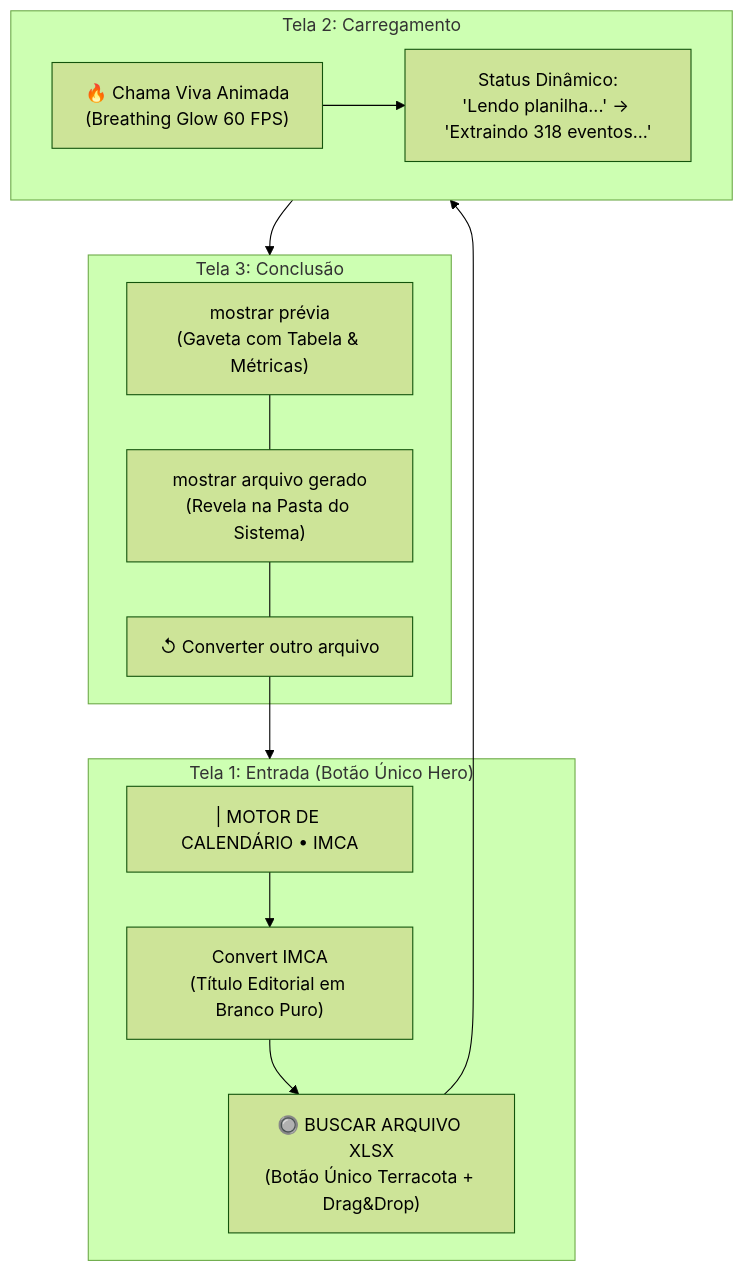
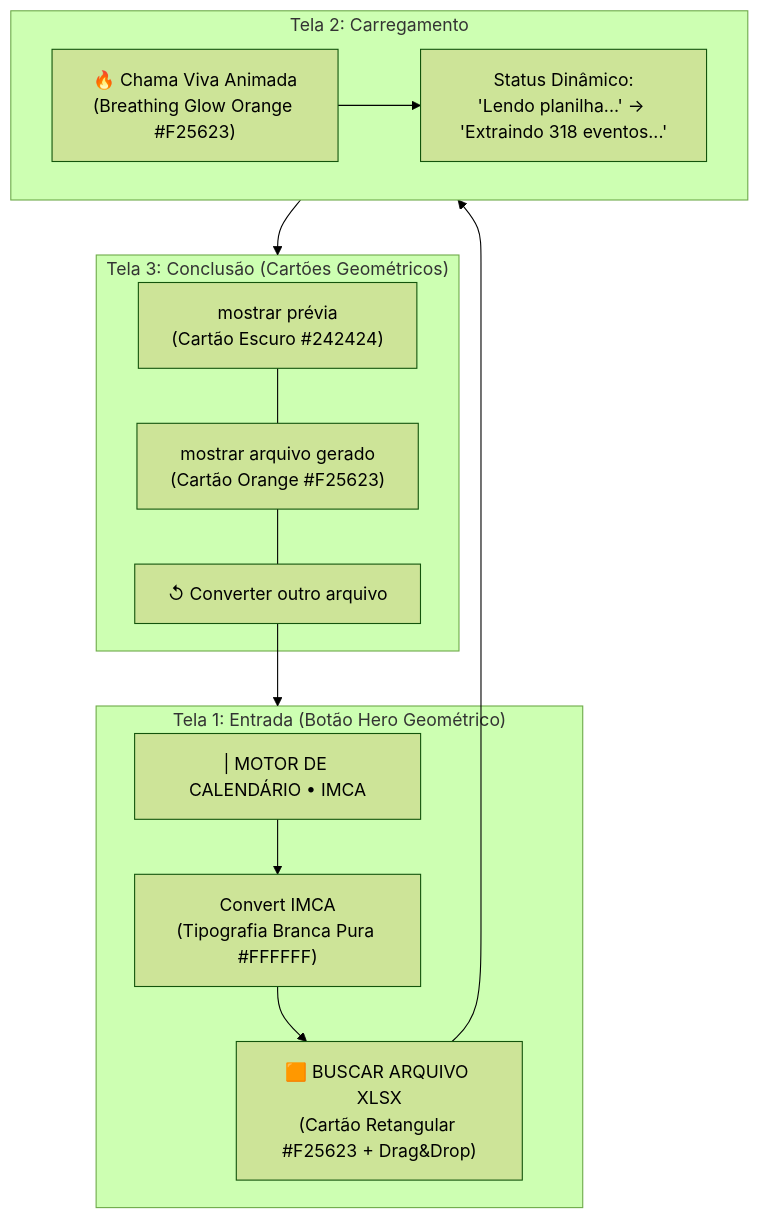
Before and after one commit to DevolperGdSL/Convert_IMCA: the third of 3 diagrams in DOCUMENTACAO.md, drawn with Mermaid (forest theme). The commit also changed other lines of this file and 8 other files, not shown here.

Commit message:
feat(v1.4.0): design geometrico com elementos menos arredondados, paleta Black #171717 e Orange #F25623

````diff
--- a/DOCUMENTACAO.md
+++ b/DOCUMENTACAO.md
@@ -381,26 +385,26 @@
 ```mermaid
 flowchart TD
-    subgraph Tela1 ["Tela 1: Entrada (Botão Único Hero)"]
+    subgraph Tela1 ["Tela 1: Entrada (Botão Hero Geométrico)"]
         Tag["| MOTOR DE CALENDÁRIO • IMCA"]
-        T1["Convert IMCA\n(Título Editorial em Branco Puro)"]
-        Hero["🔘 BUSCAR ARQUIVO XLSX\n(Botão Único Terracota + Drag&Drop)"]
+        T1["Convert IMCA\n(Tipografia Branca Pura #FFFFFF)"]
+        Hero["🟧 BUSCAR ARQUIVO XLSX\n(Cartão Retangular #F25623 + Drag&Drop)"]
         Tag --> T1 --> Hero
     end
 
     subgraph Tela2 ["Tela 2: Carregamento"]
-        F2["🔥 Chama Viva Animada\n(Breathing Glow 60 FPS)"]
+        F2["🔥 Chama Viva Animada\n(Breathing Glow Orange #F25623)"]
         S2["Status Dinâmico:\n'Lendo planilha...' -> 'Extraindo 318 eventos...'"]
         F2 --> S2
     end
 
-    subgraph Tela3 ["Tela 3: Conclusão"]
-        R1["mostrar prévia\n(Gaveta com Tabela & Métricas)"]
-        R2["mostrar arquivo gerado\n(Revela na Pasta do Sistema)"]
+    subgraph Tela3 ["Tela 3: Conclusão (Cartões Geométricos)"]
+        R1["mostrar prévia\n(Cartão Escuro #242424)"]
+        R2["mostrar arquivo gerado\n(Cartão Orange #F25623)"]
         R3["↺ Converter outro arquivo"]
         R1 --- R2 --- R3
     end
 
     Hero --> Tela2
     Tela2 --> Tela3
     R3 --> Tela1
 ```
````
